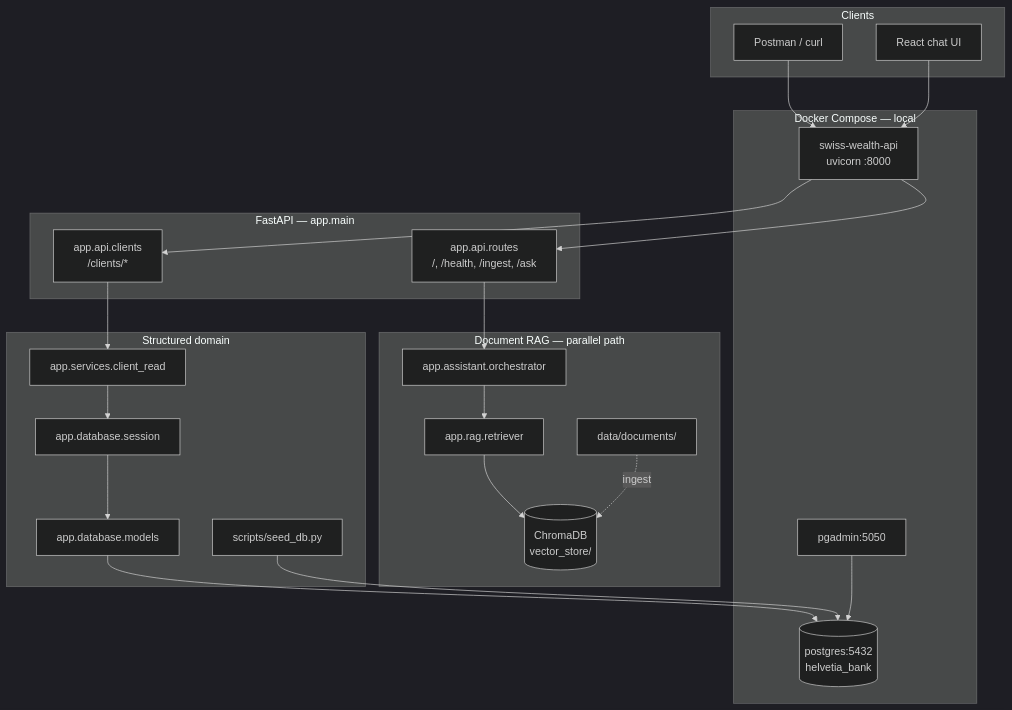
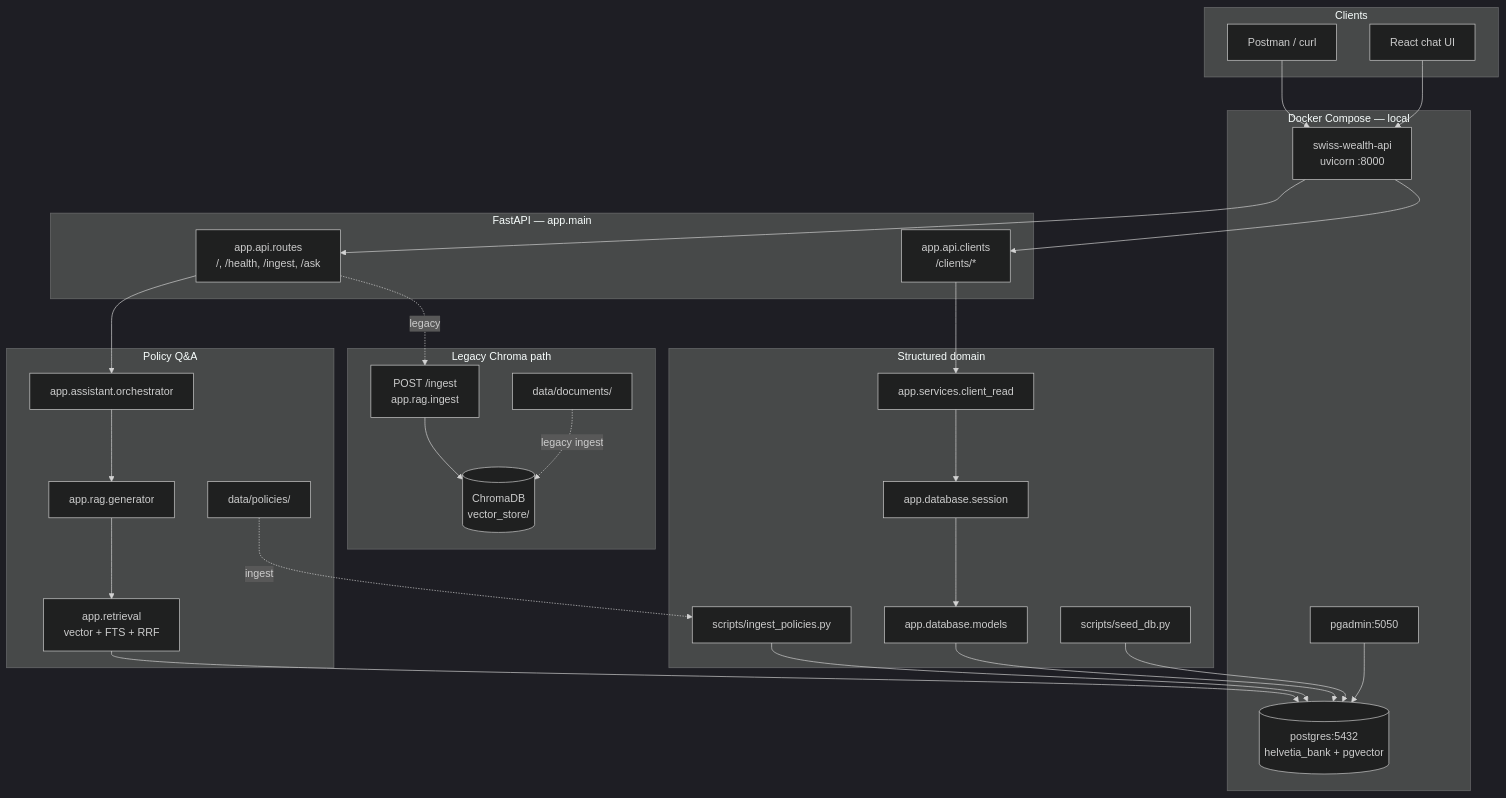
One commit to Mortiniera/swiss-wealth-rag-assistant changed the diagram in docs/architecture/system.md. Above: the diagram before and after it, drawn with Mermaid (dark theme). The commit also changed other lines of this file and 16 other files, not shown here.

First line of the commit message:
feat(ask): answer from Helvetia policies via hybrid retrieval

````diff
--- a/docs/architecture/system.md
+++ b/docs/architecture/system.md
@@ -14,50 +14,63 @@
 ```mermaid
 flowchart TB
   subgraph clients [Clients]
     Postman[Postman / curl]
     UI[React chat UI]
   end
 
   subgraph compose [Docker Compose — local]
     API[swiss-wealth-api<br/>uvicorn :8000]
-    PG[(postgres:5432<br/>helvetia_bank)]
+    PG[(postgres:5432<br/>helvetia_bank + pgvector)]
     PgAdmin[pgadmin:5050]
   end
 
   subgraph api_app [FastAPI — app.main]
     CoreRouter[app.api.routes<br/>/, /health, /ingest, /ask]
     ClientsRouter[app.api.clients<br/>/clients/*]
   end
 
-  subgraph rag [Document RAG — parallel path]
+  subgraph ask_path [Policy Q&A]
     Orchestrator[app.assistant.orchestrator]
-    Retriever[app.rag.retriever]
+    Generator[app.rag.generator]
+    Hybrid[app.retrieval<br/>vector + FTS + RRF]
+    Policies[data/policies/]
+  end
+
+  subgraph legacy [Legacy Chroma path]
+    ChromaIngest[POST /ingest<br/>app.rag.ingest]
     Chroma[(ChromaDB<br/>vector_store/)]
     Docs[data/documents/]
   end
 
   subgraph domain [Structured domain]
     ClientRead[app.services.client_read]
     Session[app.database.session]
     Models[app.database.models]
     Seed[scripts/seed_db.py]
+    PolicyIngest[scripts/ingest_policies.py]
   end
 
   Postman --> API
   UI --> API
   API --> CoreRouter
   API --> ClientsRouter
 
   CoreRouter --> Orchestrator
-  Orchestrator --> Retriever
-  Retriever --> Chroma
-  Docs -. ingest .-> Chroma
+  Orchestrator --> Generator
+  Generator --> Hybrid
+  Hybrid --> PG
+  Policies -. ingest .-> PolicyIngest
+  PolicyIngest --> PG
+
+  CoreRouter -. legacy .-> ChromaIngest
+  ChromaIngest --> Chroma
+  Docs -. legacy ingest .-> Chroma
 
   ClientsRouter --> ClientRead
   ClientRead --> Session
   Session --> Models
   Models --> PG
 
   Seed --> PG
   PgAdmin --> PG
 ```
````
